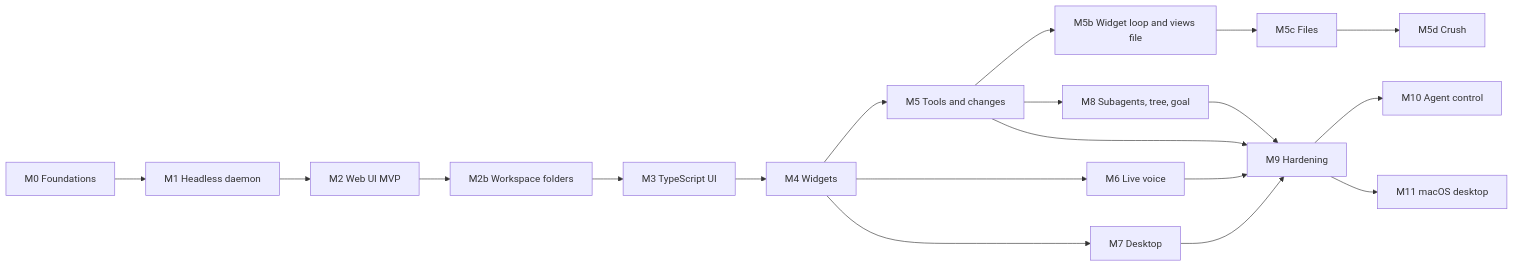
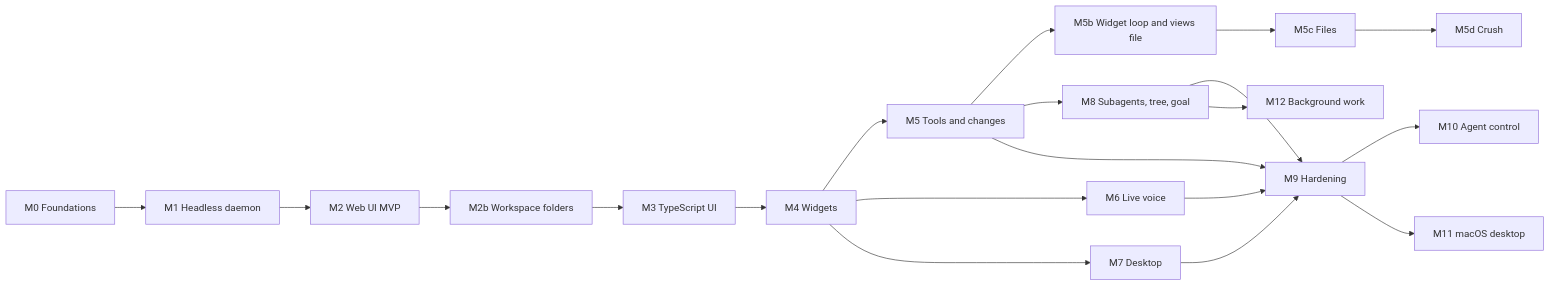
One commit to TonioGela/omfp changed the diagram in docs/specs/07-roadmap.md. Above: the diagram before and after it, drawn with Mermaid. The commit also changed other lines of this file and 78 other files, not shown here.

First line of the commit message:
feat(ui): background work widget, badge and job cards; alt+enter new line, shift+enter steers

````diff
--- a/docs/specs/07-roadmap.md
+++ b/docs/specs/07-roadmap.md
@@ -7,11 +7,12 @@
 ```mermaid
 flowchart LR
   M0[M0 Foundations] --> M1[M1 Headless daemon] --> M2[M2 Web UI MVP] --> M2b[M2b Workspace folders]
   M2b --> M3[M3 TypeScript UI] --> M4[M4 Widgets]
   M4 --> M5[M5 Tools and changes] --> M5b[M5b Widget loop and views file] --> M5c[M5c Files] --> M5d[M5d Crush]
   M4 --> M6[M6 Live voice]
   M4 --> M7[M7 Desktop]
   M5 --> M8[M8 Subagents, tree, goal]
   M5 & M6 & M7 & M8 --> M9[M9 Hardening] --> M10[M10 Agent control]
   M9 --> M11[M11 macOS desktop]
+  M8 --> M12[M12 Background work]
 ```
````
